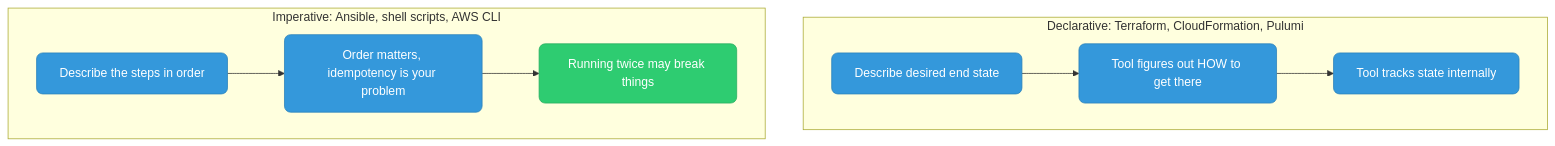
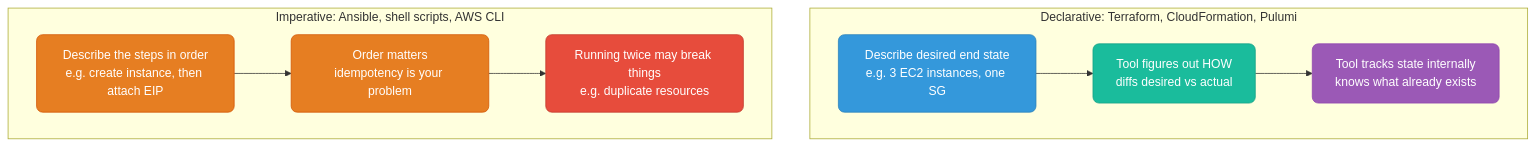
The second of 9 diagrams in iac/README.md (deepanshu-rawat6/DevOpsIndex), drawn with Mermaid before and after one commit. The commit also changed other lines of this file and 17 other files, not shown here.

````diff
--- a/iac/README.md
+++ b/iac/README.md
@@ -39,22 +52,22 @@
 ```mermaid
 graph TD
     classDef blue fill:#3498db,stroke:#2980b9,color:#fff,rx:8
     classDef green fill:#2ecc71,stroke:#27ae60,color:#fff,rx:8
     classDef red fill:#e74c3c,stroke:#c0392b,color:#fff,rx:8
     classDef orange fill:#e67e22,stroke:#d35400,color:#fff,rx:8
     classDef purple fill:#9b59b6,stroke:#8e44ad,color:#fff,rx:8
     classDef teal fill:#1abc9c,stroke:#16a085,color:#fff,rx:8
     classDef dark fill:#2c3e50,stroke:#1a252f,color:#fff,rx:8
     classDef yellow fill:#f39c12,stroke:#d68910,color:#000,rx:8
     classDef k8s fill:#326ce5,stroke:#254ea8,color:#fff,rx:8
     classDef aws fill:#ff9900,stroke:#cc7a00,color:#000,rx:8
     subgraph Declarative["Declarative: Terraform, CloudFormation, Pulumi"]
-        D1["Describe desired end state"]:::blue --> D2["Tool figures out HOW to get there"]:::blue
-        D2 --> D3["Tool tracks state internally"]:::blue
+        D1["Describe desired end state<br/>e.g. 3 EC2 instances, one SG"]:::blue --> D2["Tool figures out HOW<br/>diffs desired vs actual"]:::teal
+        D2 --> D3["Tool tracks state internally<br/>knows what already exists"]:::purple
     end
 
     subgraph Imperative["Imperative: Ansible, shell scripts, AWS CLI"]
-        I1["Describe the steps in order"]:::blue --> I2["Order matters, idempotency is your problem"]:::blue
-        I2 --> I3["Running twice may break things"]:::green
+        I1["Describe the steps in order<br/>e.g. create instance, then attach EIP"]:::orange --> I2["Order matters<br/>idempotency is your problem"]:::orange
+        I2 --> I3["Running twice may break things<br/>e.g. duplicate resources"]:::red
     end
 ```
````
